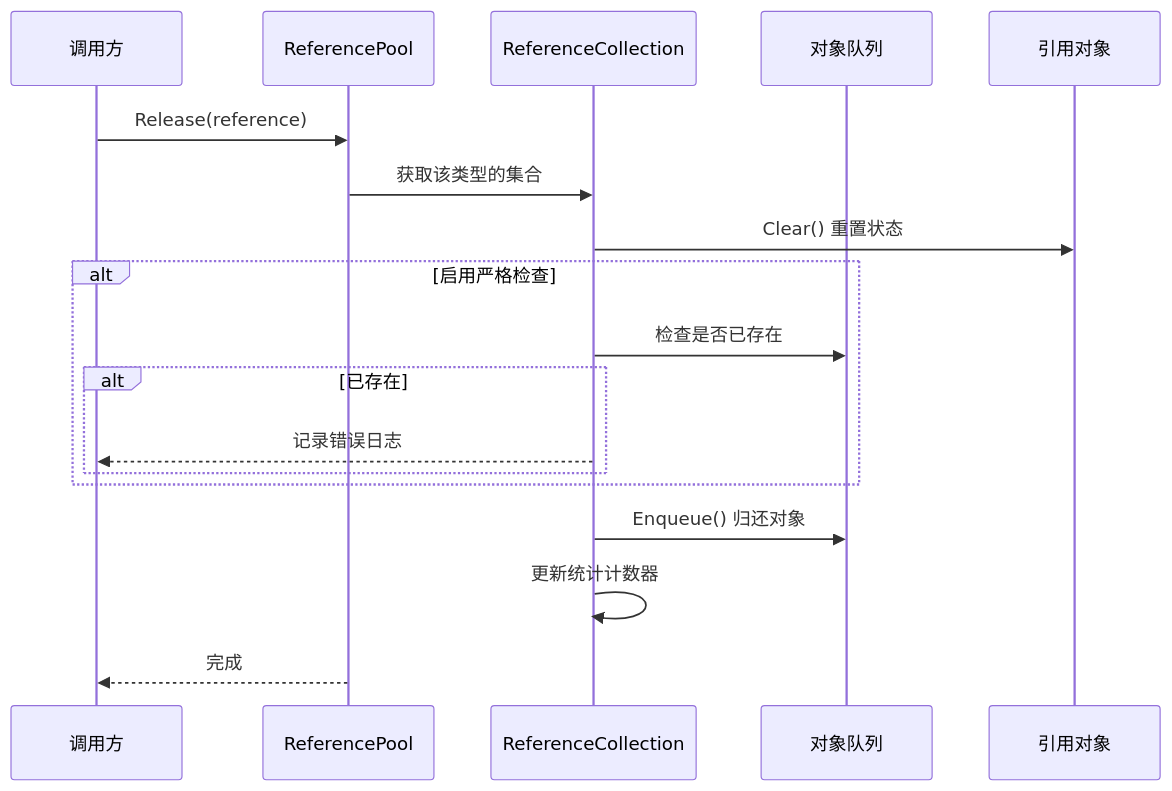
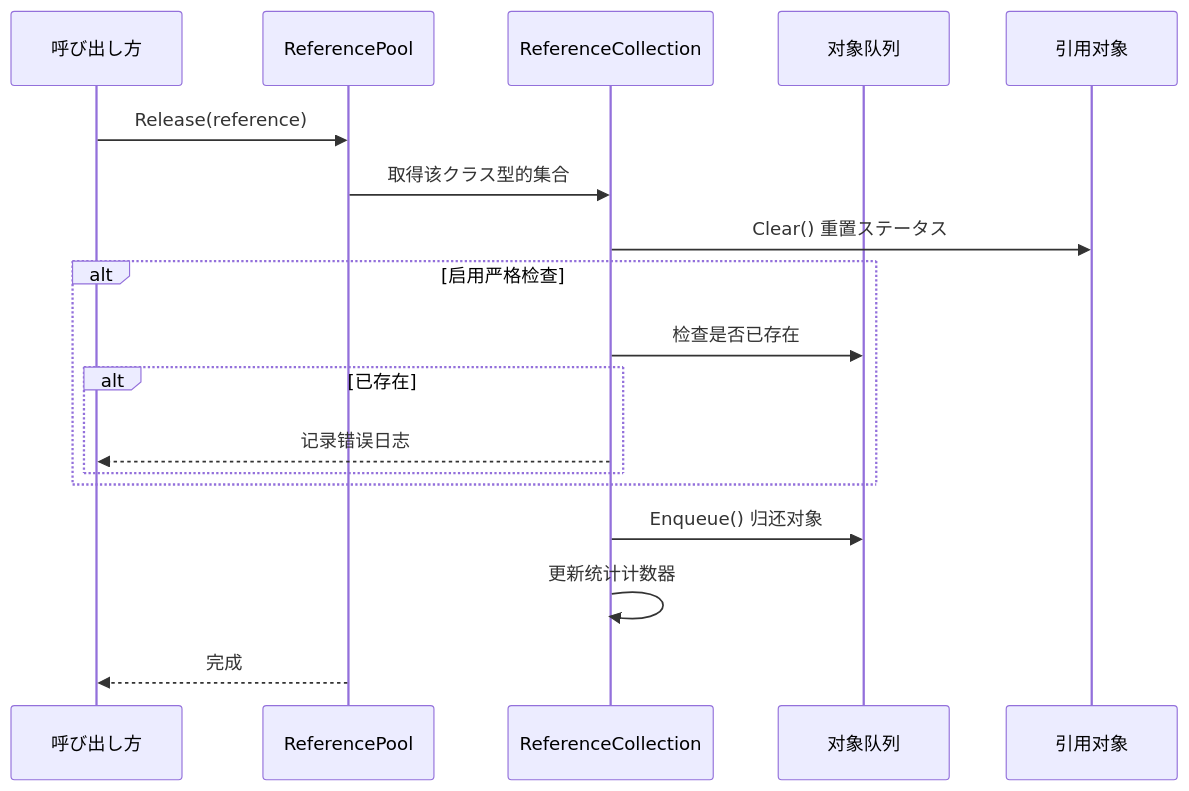
One commit to AlianBlank/GameFrameX.Docs changed the third of 3 diagrams in docs/ja/client/unity/component/core/08.reference-pool.md. Above: the diagram before and after it, drawn with Mermaid. The commit also changed other lines of this file and 603 other files, not shown here.

````diff
--- a/docs/ja/client/unity/component/core/08.reference-pool.md
+++ b/docs/ja/client/unity/component/core/08.reference-pool.md
@@ -88,21 +88,21 @@
 ```mermaid
 sequenceDiagram
-    participant Client as 调用方
+    participant Client as 呼び出し方
     participant Pool as ReferencePool
     participant Collection as ReferenceCollection
     participant Queue as 对象队列
     participant Ref as 引用对象
 
     Client->>Pool: Release(reference)
-    Pool->>Collection: 获取该类型的集合
-    Collection->>Ref: Clear() 重置状态
+    Pool->>Collection: 取得该クラス型的集合
+    Collection->>Ref: Clear() 重置ステータス
     alt 启用严格检查
         Collection->>Queue: 检查是否已存在
         alt 已存在
             Collection-->>Client: 记录错误日志
         end
     end
     Collection->>Queue: Enqueue() 归还对象
     Collection->>Collection: 更新统计计数器
     Pool-->>Client: 完成
 ```
````
